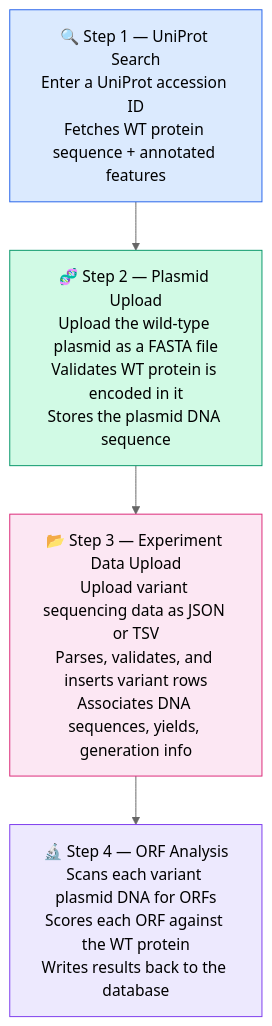
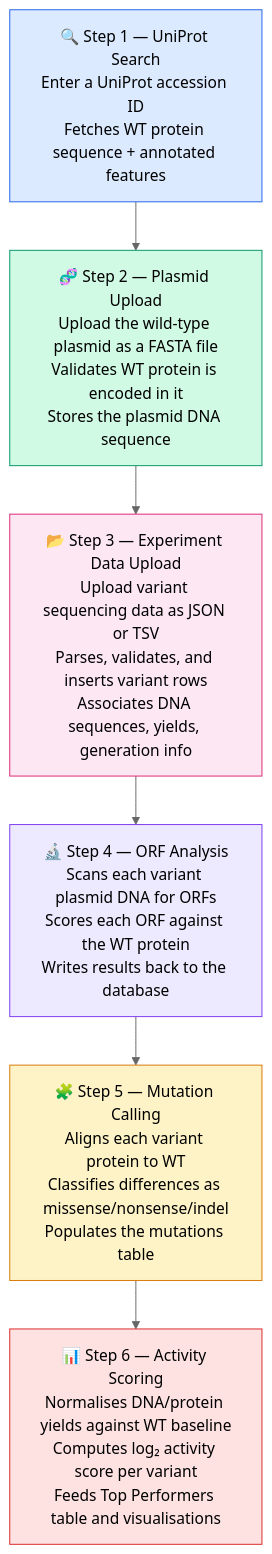
Before and after one commit to BIO727P-Sierra/Software_Development_Project: the second of 3 diagrams in docs/pipeline/overview.md, drawn with Mermaid (neutral theme). The commit also changed other lines of this file, not shown here.

First line of the commit message:
Update pipeline overview with 4-layer architecture diagram and full 6-step workflow

````diff
--- a/docs/pipeline/overview.md
+++ b/docs/pipeline/overview.md
@@ -9,14 +119,18 @@
 ```mermaid
 flowchart TD
-    S1["🔍 Step 1 — UniProt Search\nEnter a UniProt accession ID\nFetches WT protein sequence + annotated features"]
-    S2["🧬 Step 2 — Plasmid Upload\nUpload the wild-type plasmid as a FASTA file\nValidates WT protein is encoded in it\nStores the plasmid DNA sequence"]
-    S3["📂 Step 3 — Experiment Data Upload\nUpload variant sequencing data as JSON or TSV\nParses, validates, and inserts variant rows\nAssociates DNA sequences, yields, generation info"]
-    S4["🔬 Step 4 — ORF Analysis\nScans each variant plasmid DNA for ORFs\nScores each ORF against the WT protein\nWrites results back to the database"]
+    S1["🔍 Step 1 — UniProt Search<br/>Enter a UniProt accession ID<br/>Fetches WT protein sequence + annotated features"]
+    S2["🧬 Step 2 — Plasmid Upload<br/>Upload the wild-type plasmid as a FASTA file<br/>Validates WT protein is encoded in it<br/>Stores the plasmid DNA sequence"]
+    S3["📂 Step 3 — Experiment Data Upload<br/>Upload variant sequencing data as JSON or TSV<br/>Parses, validates, and inserts variant rows<br/>Associates DNA sequences, yields, generation info"]
+    S4["🔬 Step 4 — ORF Analysis<br/>Scans each variant plasmid DNA for ORFs<br/>Scores each ORF against the WT protein<br/>Writes results back to the database"]
+    S5["🧩 Step 5 — Mutation Calling<br/>Aligns each variant protein to WT<br/>Classifies differences as missense/nonsense/indel<br/>Populates the mutations table"]
+    S6["📊 Step 6 — Activity Scoring<br/>Normalises DNA/protein yields against WT baseline<br/>Computes log₂ activity score per variant<br/>Feeds Top Performers table and visualisations"]
 
-    S1 --> S2 --> S3 --> S4
+    S1 --> S2 --> S3 --> S4 --> S5 --> S6
 
     style S1 fill:#dbeafe,stroke:#2563eb,color:#000
     style S2 fill:#d1fae5,stroke:#059669,color:#000
     style S3 fill:#fce7f3,stroke:#db2777,color:#000
     style S4 fill:#ede9fe,stroke:#7c3aed,color:#000
+    style S5 fill:#fef3c7,stroke:#d97706,color:#000
+    style S6 fill:#fee2e2,stroke:#dc2626,color:#000
 ```
````
